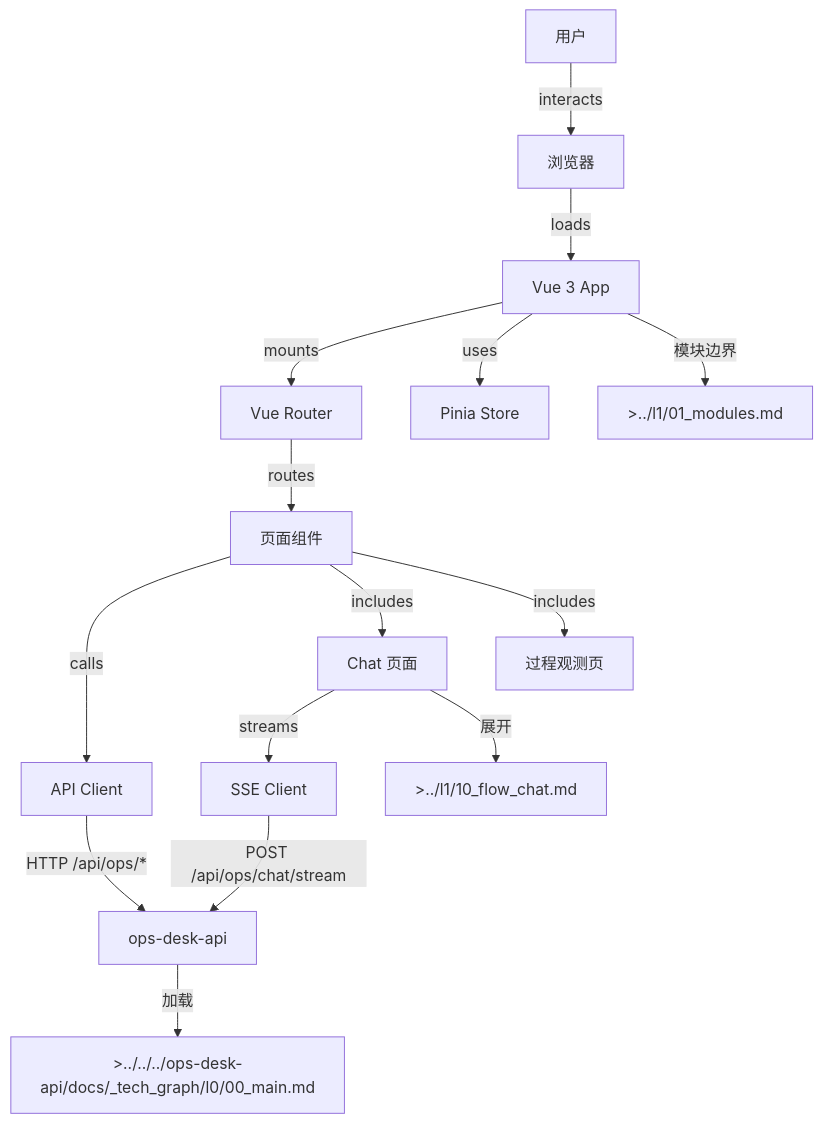
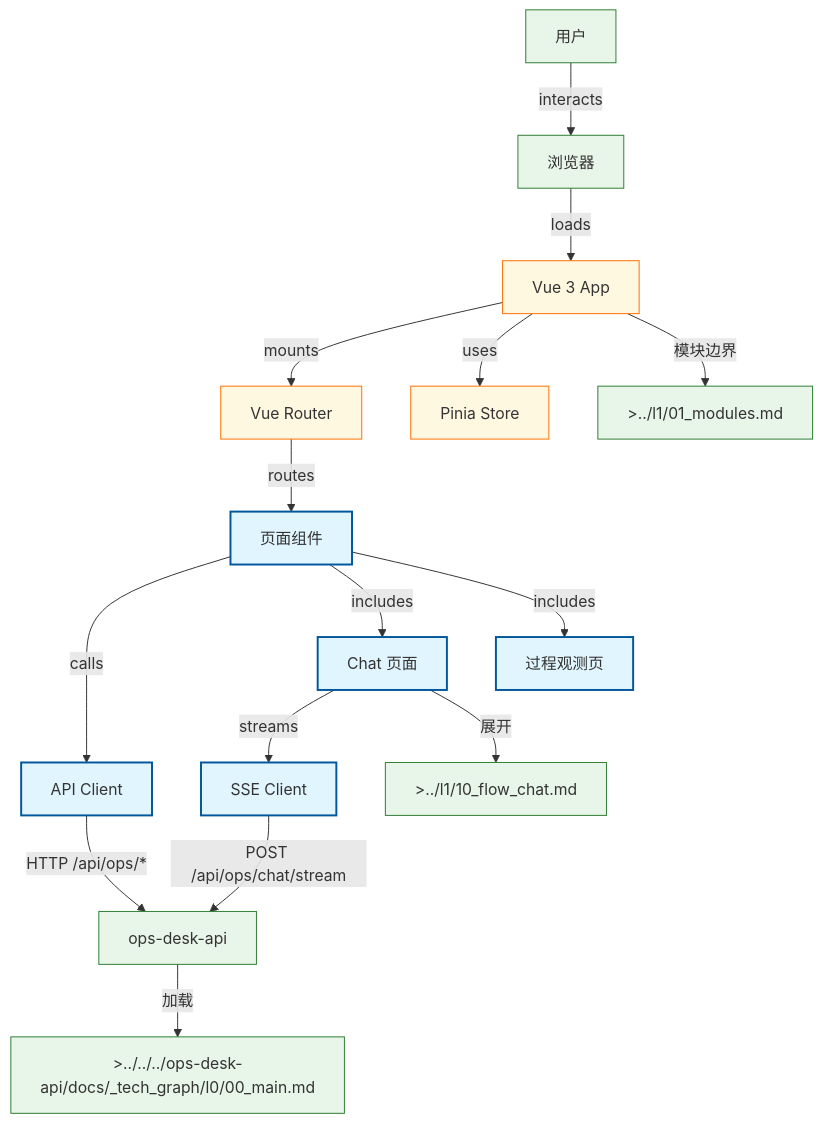
One commit to Cyning12/ops-desk-web changed the diagram in docs/_tech_graph/l0/00_main.md. Above: the diagram before and after it, drawn with Mermaid. The commit also changed other lines of this file and 57 other files, not shown here.

````diff
--- a/docs/_tech_graph/l0/00_main.md
+++ b/docs/_tech_graph/l0/00_main.md
@@ -14,36 +14,39 @@
 ```mermaid
 flowchart TB
-    user[用户]
-    browser[浏览器]
-    app[Vue 3 App]
-    router[Vue Router]
-    pinia[Pinia Store]
-    api_client[API Client]
-    sse_client[SSE Client]
-    pages[页面组件]
-    chat_page[Chat 页面]
-    obs_page[过程观测页]
-    chat_flow[>../l1/10_flow_chat.md]
-    modules_doc[>../l1/01_modules.md]
-    ops_api[ops-desk-api]
-    api_doc[>../../../ops-desk-api/docs/_tech_graph/l0/00_main.md]
+    user["用户"]
+    browser["浏览器"]
+    app["Vue 3 App"]
+    router["Vue Router"]
+    pinia["Pinia Store"]
+    api_client["API Client"]
+    sse_client["SSE Client"]
+    pages["页面组件"]
+    chat_page["Chat 页面"]
+    obs_page["过程观测页"]
+    chat_flow[">../l1/10_flow_chat.md"]
+    modules_doc[">../l1/01_modules.md"]
+    ops_api["ops-desk-api"]
+    api_doc[">../../../ops-desk-api/docs/_tech_graph/l0/00_main.md"]
 
-    user --"interacts"--> browser
-    browser --"loads"--> app
-    app --"mounts"--> router
-    app --"uses"--> pinia
-    router --"routes"--> pages
-    pages --"calls"--> api_client
-    pages --"includes"--> chat_page
-    pages --"includes"--> obs_page
-    chat_page --"streams"--> sse_client
-    chat_page --"展开"--> chat_flow
-    sse_client --"POST /api/ops/chat/stream"--> ops_api
-    api_client --"HTTP /api/ops/*"--> ops_api
-    ops_api --"加载"--> api_doc
-    app --"模块边界"--> modules_doc
+    user -->|"interacts"| browser
+    browser -->|"loads"| app
+    app -->|"mounts"| router
+    app -->|"uses"| pinia
+    router -->|"routes"| pages
+    pages -->|"calls"| api_client
+    pages -->|"includes"| chat_page
+    pages -->|"includes"| obs_page
+    chat_page -->|"streams"| sse_client
+    chat_page -->|"展开"| chat_flow
+    sse_client -->|"POST /api/ops/chat/stream"| ops_api
+    api_client -->|"HTTP /api/ops/*"| ops_api
+    ops_api -->|"加载"| api_doc
+    app -->|"模块边界"| modules_doc
 
     classDef phase fill:#e1f5fe,stroke:#01579b,stroke-width:2px
     classDef doc fill:#fff8e1,stroke:#ff6f00,stroke-width:1px
     classDef infra fill:#e8f5e9,stroke:#2e7d32,stroke-width:1px
+    class api_client,sse_client,pages,chat_page,obs_page phase
+    class app,router,pinia doc
+    class user,browser,chat_flow,modules_doc,ops_api,api_doc infra
 ```
````
